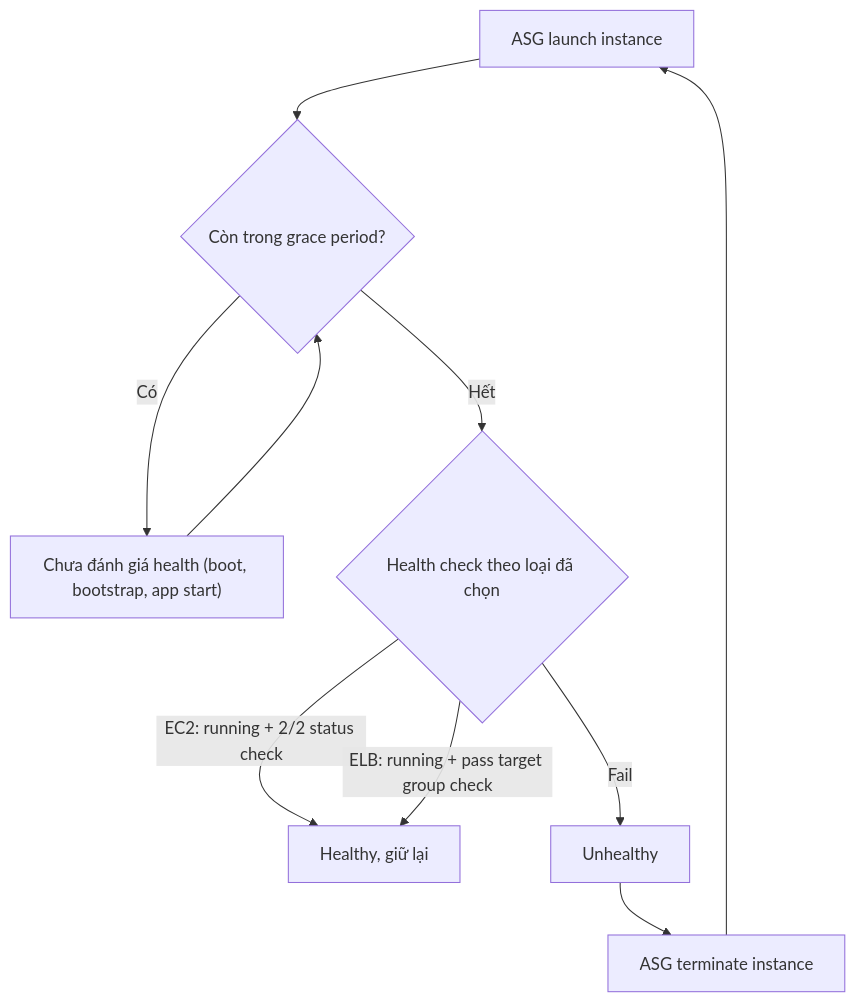
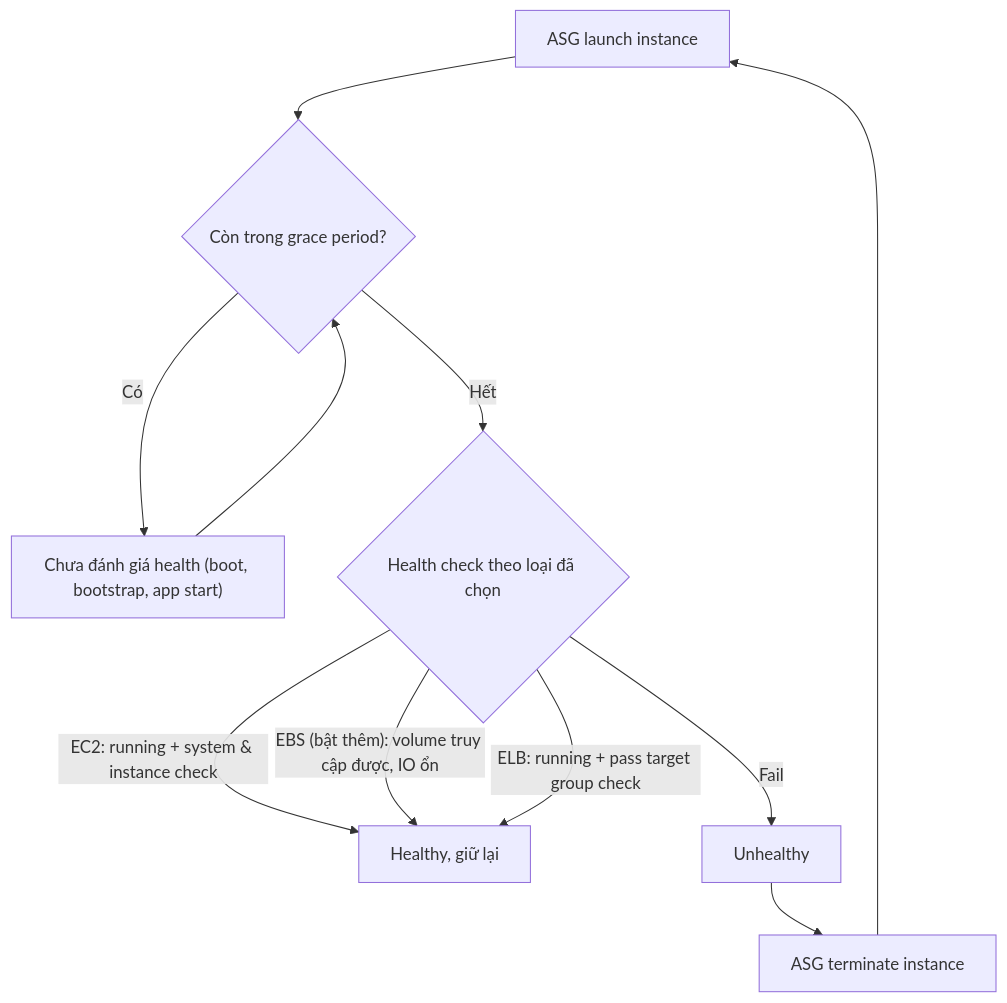
One commit to hairbui76/aws-saa-c03 changed the diagram in data/13 HA and Scaling/ASG Health Checks.md. Above: the diagram before and after it, drawn with Mermaid. The commit also changed other lines of this file and 30 other files, not shown here.

````diff
--- a/data/13 HA and Scaling/ASG Health Checks.md
+++ b/data/13 HA and Scaling/ASG Health Checks.md
@@ -41,12 +48,13 @@
 ```mermaid
 flowchart TB
     L["ASG launch instance"] --> G{"Còn trong grace period?"}
     G -- "Có" --> W["Chưa đánh giá health (boot, bootstrap, app start)"]
     W --> G
     G -- "Hết" --> C{"Health check theo loại đã chọn"}
-    C -- "EC2: running + 2/2 status check" --> H["Healthy, giữ lại"]
+    C -- "EC2: running + system & instance check" --> H["Healthy, giữ lại"]
+    C -- "EBS (bật thêm): volume truy cập được, IO ổn" --> H
     C -- "ELB: running + pass target group check" --> H
     C -- "Fail" --> U["Unhealthy"]
     U --> T["ASG terminate instance"]
     T --> L
 ```
````
